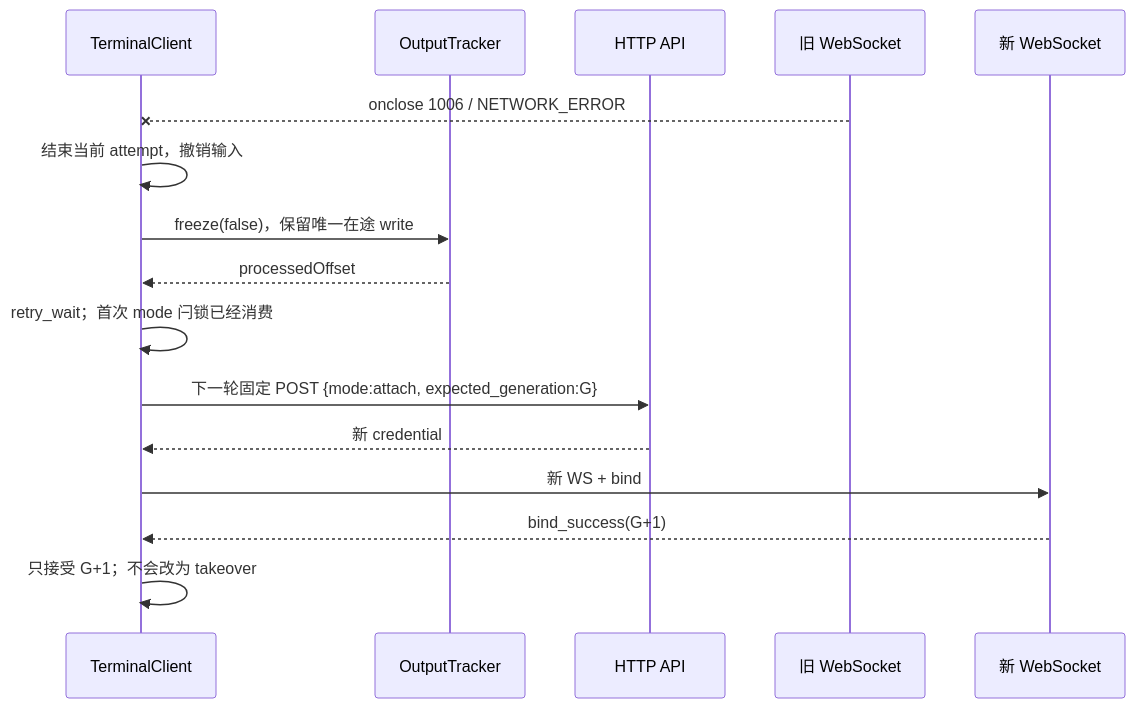
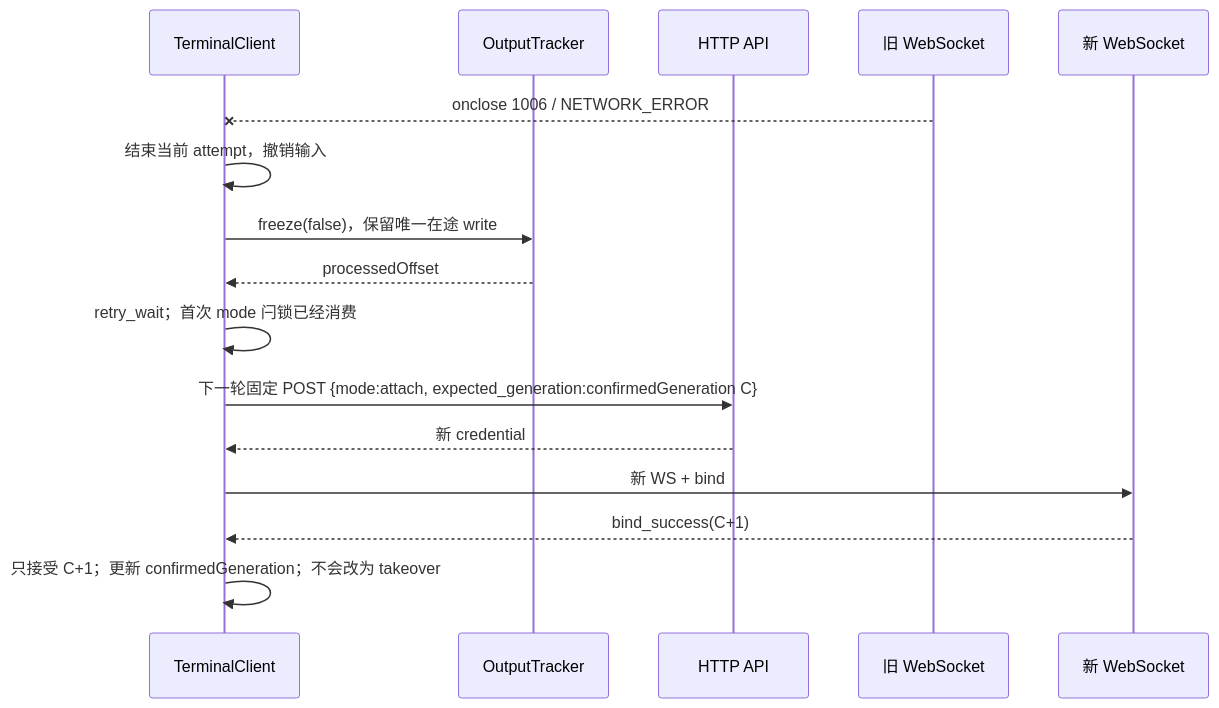
Before and after one commit to stearsc/web-ssh: the second of 6 diagrams in doc/测试报告/stage-5-s5-design-review.md, drawn with Mermaid. The commit also changed other lines of this file and 3 other files, not shown here.

````diff
--- a/doc/测试报告/stage-5-s5-design-review.md
+++ b/doc/测试报告/stage-5-s5-design-review.md
@@ -422,19 +422,19 @@
 ```mermaid
 sequenceDiagram
     participant C as TerminalClient
     participant O as OutputTracker
     participant H as HTTP API
     participant W1 as 旧 WebSocket
     participant W2 as 新 WebSocket
 
     W1--x C: onclose 1006 / NETWORK_ERROR
     C->>C: 结束当前 attempt，撤销输入
     C->>O: freeze(false)，保留唯一在途 write
     O-->>C: processedOffset
     C->>C: retry_wait；首次 mode 闩锁已经消费
-    C->>H: 下一轮固定 POST {mode:attach, expected_generation:G}
+    C->>H: 下一轮固定 POST {mode:attach, expected_generation:confirmedGeneration C}
     H-->>C: 新 credential
     C->>W2: 新 WS + bind
-    W2-->>C: bind_success(G+1)
-    C->>C: 只接受 G+1；不会改为 takeover
+    W2-->>C: bind_success(C+1)
+    C->>C: 只接受 C+1；更新 confirmedGeneration；不会改为 takeover
 ```
````
